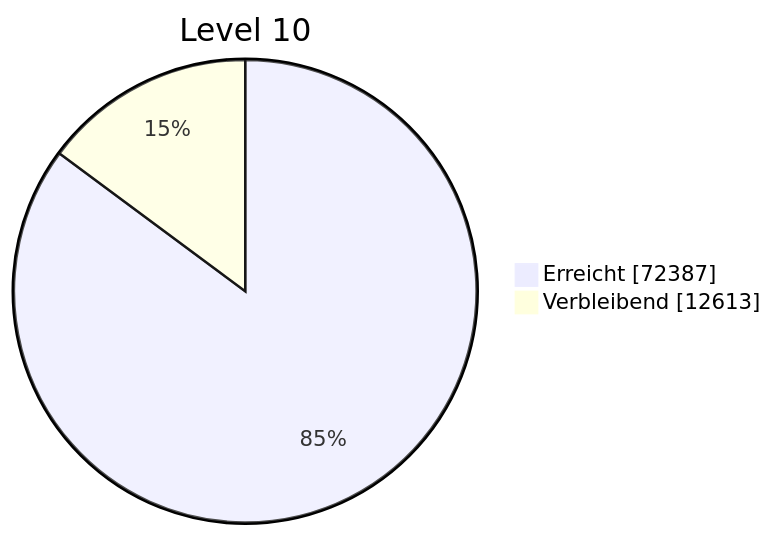
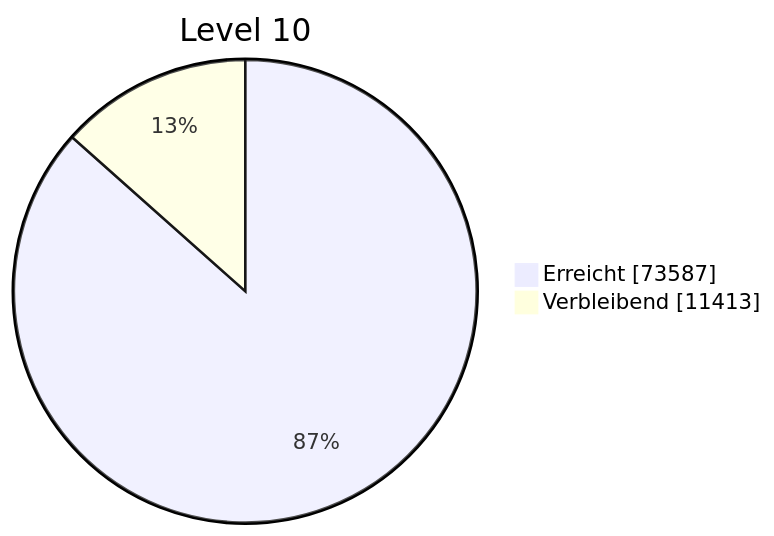
One commit to benno93/HansZimmer changed the diagram in 00_Barde.md. Above: the diagram before and after it, drawn with Mermaid. The commit also changed other lines of this file, not shown here.

Commit message:
Update 00_Barde.md
1200 EP bekommen

````diff
--- a/00_Barde.md
+++ b/00_Barde.md
@@ -3,6 +3,6 @@
 ```mermaid
 pie showData
     title Level 10
-    "Erreicht" : 72387
-    "Verbleibend" : 12613
+    "Erreicht" : 73587
+    "Verbleibend" : 11413
 ```
````
